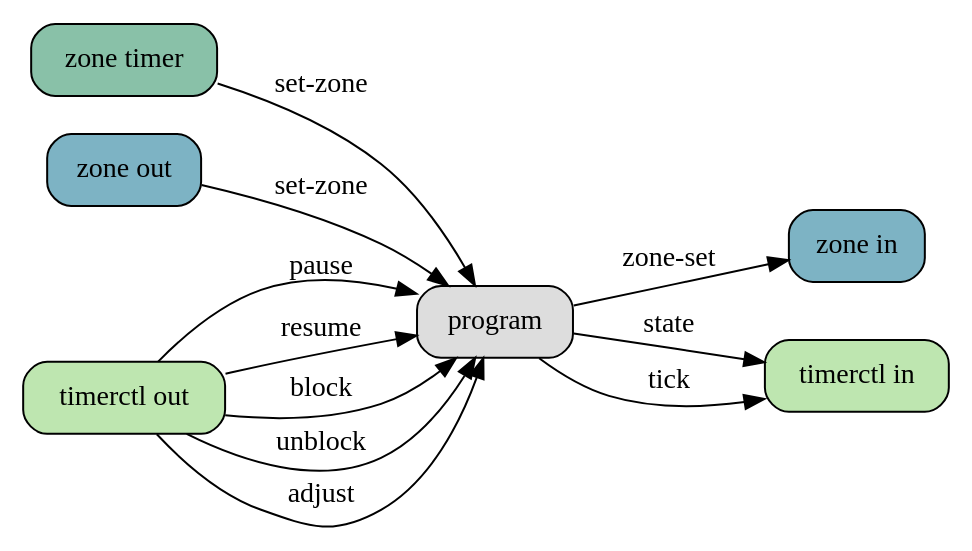
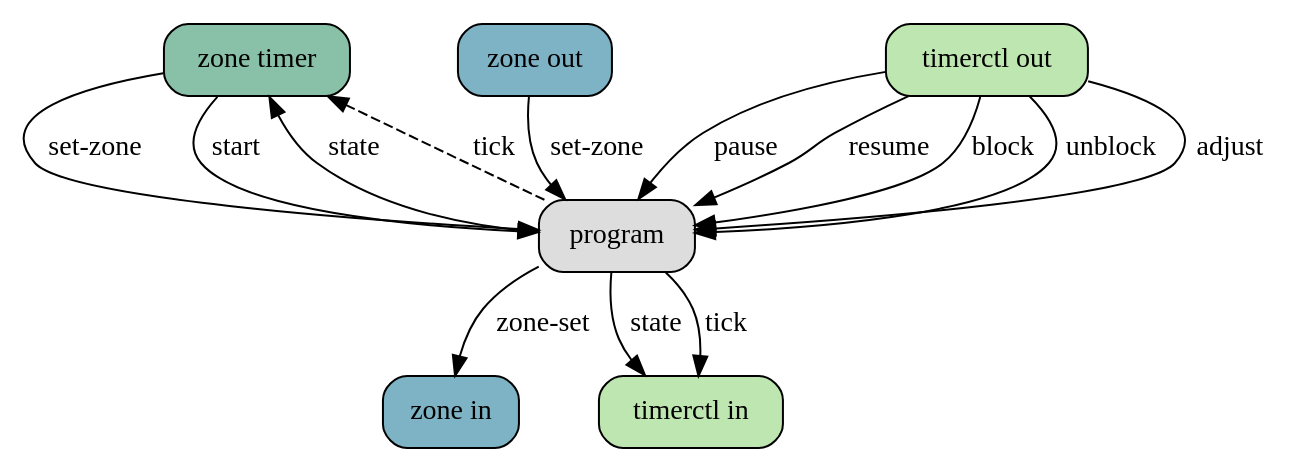
The diagram in screenshots/bigdiagram.gv (rianadon/node-red-contrib-sprinkler), drawn with Graphviz before and after one commit. The commit also changed 5 other files, not shown here.

Commit message:
Diagram updates

```diff
--- a/screenshots/bigdiagram.gv
+++ b/screenshots/bigdiagram.gv
@@ -1,20 +1,23 @@
 digraph G {
-    graph [rankdir=LR]
+    graph [rankdir=TB]
     "zone timer" [shape=Mrecord,style=filled,fillcolor="#89C1A8"];
     "zone out" [shape=Mrecord,style=filled,fillcolor="#7DB3C4"];
     "zone in" [shape=Mrecord,style=filled,fillcolor="#7DB3C4"];
     "timerctl in" [shape=Mrecord,style=filled,fillcolor="#BEE6B0"];
     "timerctl out" [shape=Mrecord,style=filled,fillcolor="#BEE6B0"];
     program [shape=Mrecord,style=filled,fillcolor="#DDDDDD"];
 
     "zone timer" -> program [label="set-zone"];
+    "zone timer" -> program [label="start"];
+    program -> "zone timer" [label="state"];
+    program -> "zone timer" [style=dashed,label="tick"];
     "zone out" -> program [label="set-zone"];
     program -> "zone in" [label="zone-set"];
     "timerctl out" -> program [label="pause"];
     "timerctl out" -> program [label="resume"];
     "timerctl out" -> program [label="block"];
     "timerctl out" -> program [label="unblock"];
     "timerctl out" -> program [label="adjust"];
     program -> "timerctl in" [label="state"];
     program -> "timerctl in" [label="tick"];
 }
```
